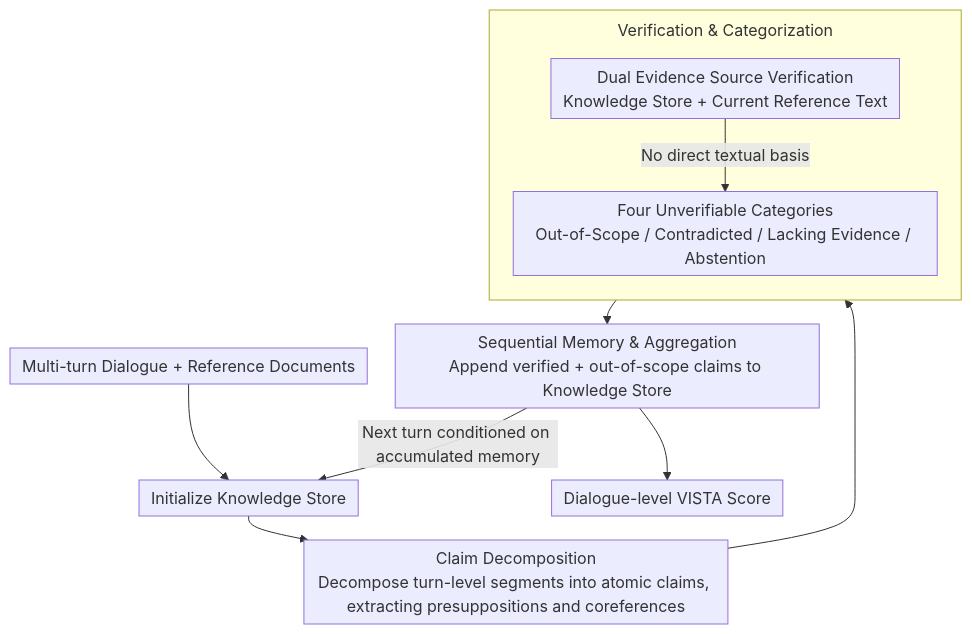
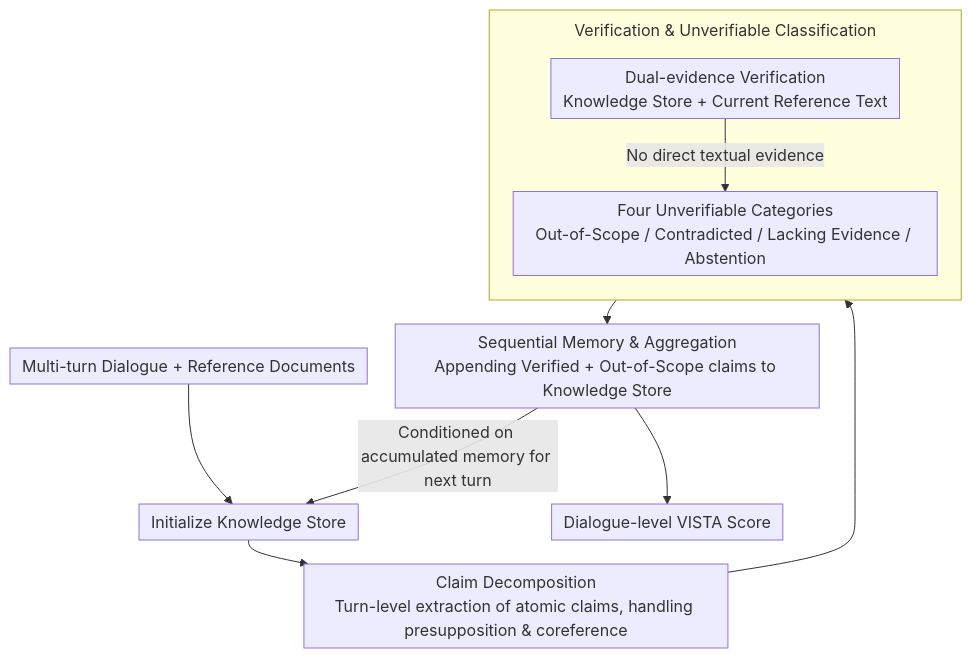
The diagram in docs/ACL2026/llm_nlp/vista_verification_in_sequential_turn-based_assessment.md (zhaoyang97/Paper-Notes-en), drawn with Mermaid before and after one commit. The commit also changed other lines of this file and 5084 other files, not shown here.

````diff
--- a/docs/ACL2026/llm_nlp/vista_verification_in_sequential_turn-based_assessment.md
+++ b/docs/ACL2026/llm_nlp/vista_verification_in_sequential_turn-based_assessment.md
@@ -44,15 +44,15 @@
 ```mermaid
 %%{init: {'flowchart': {'rankSpacing': 24, 'nodeSpacing': 28, 'padding': 6, 'wrappingWidth': 400, 'subGraphTitleMargin': {'top': 8, 'bottom': 16}}}}%%
 flowchart TD
     A["Multi-turn Dialogue + Reference Documents"] --> B["Initialize Knowledge Store"]
-    B --> C["Claim Decomposition<br/>Decompose turn-level segments into atomic claims, extracting presuppositions and coreferences"]
-    subgraph V["Verification & Categorization"]
+    B --> C["Claim Decomposition<br/>Turn-level extraction of atomic claims, handling presupposition & coreference"]
+    subgraph V["Verification & Unverifiable Classification"]
         direction TB
-        D["Dual Evidence Source Verification<br/>Knowledge Store + Current Reference Text"]
-        D -->|No direct textual basis| E["Four Unverifiable Categories<br/>Out-of-Scope / Contradicted / Lacking Evidence / Abstention"]
+        D["Dual-evidence Verification<br/>Knowledge Store + Current Reference Text"]
+        D -->|No direct textual evidence| E["Four Unverifiable Categories<br/>Out-of-Scope / Contradicted / Lacking Evidence / Abstention"]
     end
     C --> V
-    V --> F["Sequential Memory & Aggregation<br/>Append verified + out-of-scope claims to Knowledge Store"]
-    F -->|Next turn conditioned on accumulated memory| B
+    V --> F["Sequential Memory & Aggregation<br/>Appending Verified + Out-of-Scope claims to Knowledge Store"]
+    F -->|Conditioned on accumulated memory for next turn| B
     F --> G["Dialogue-level VISTA Score"]
 ```
````
